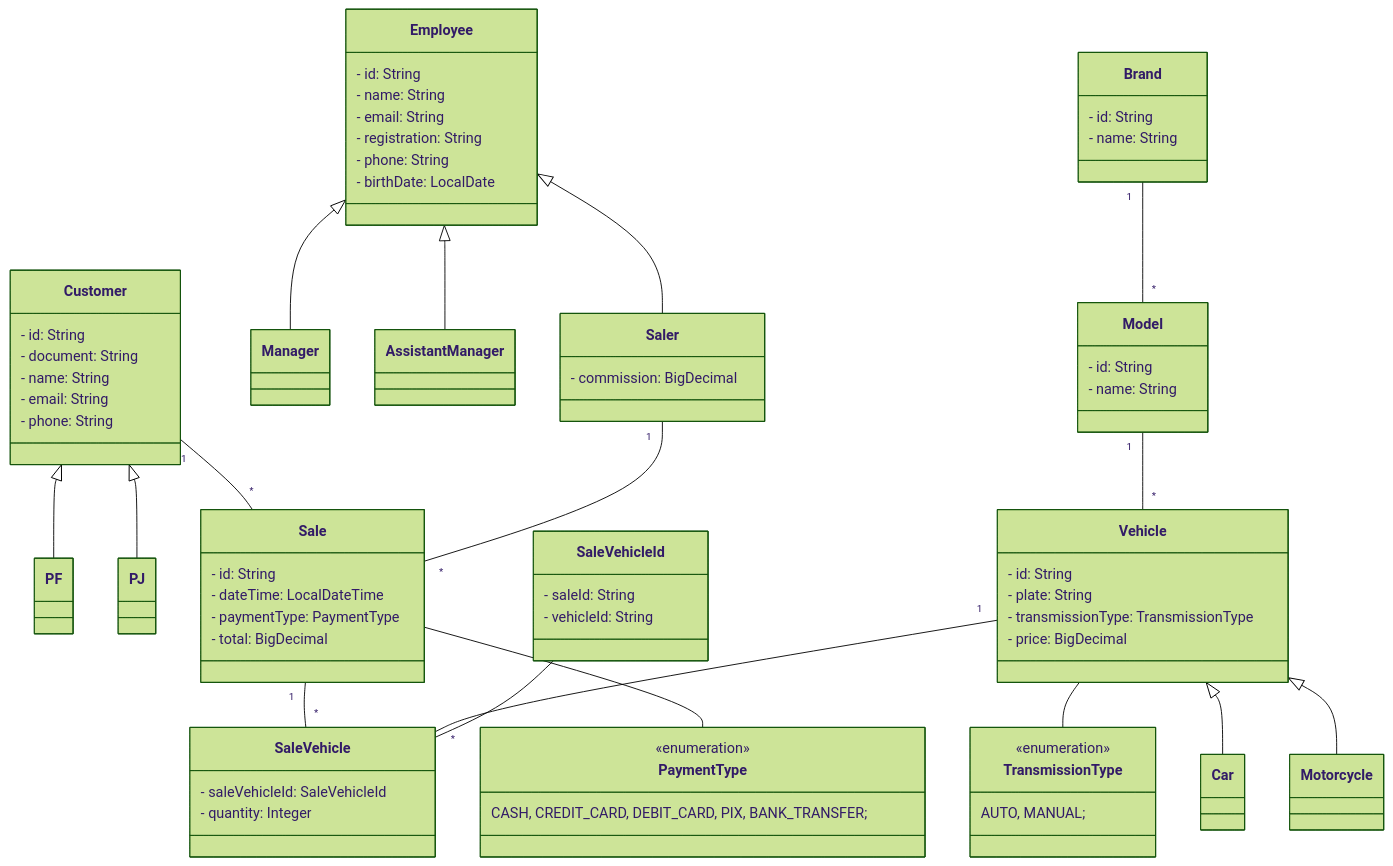
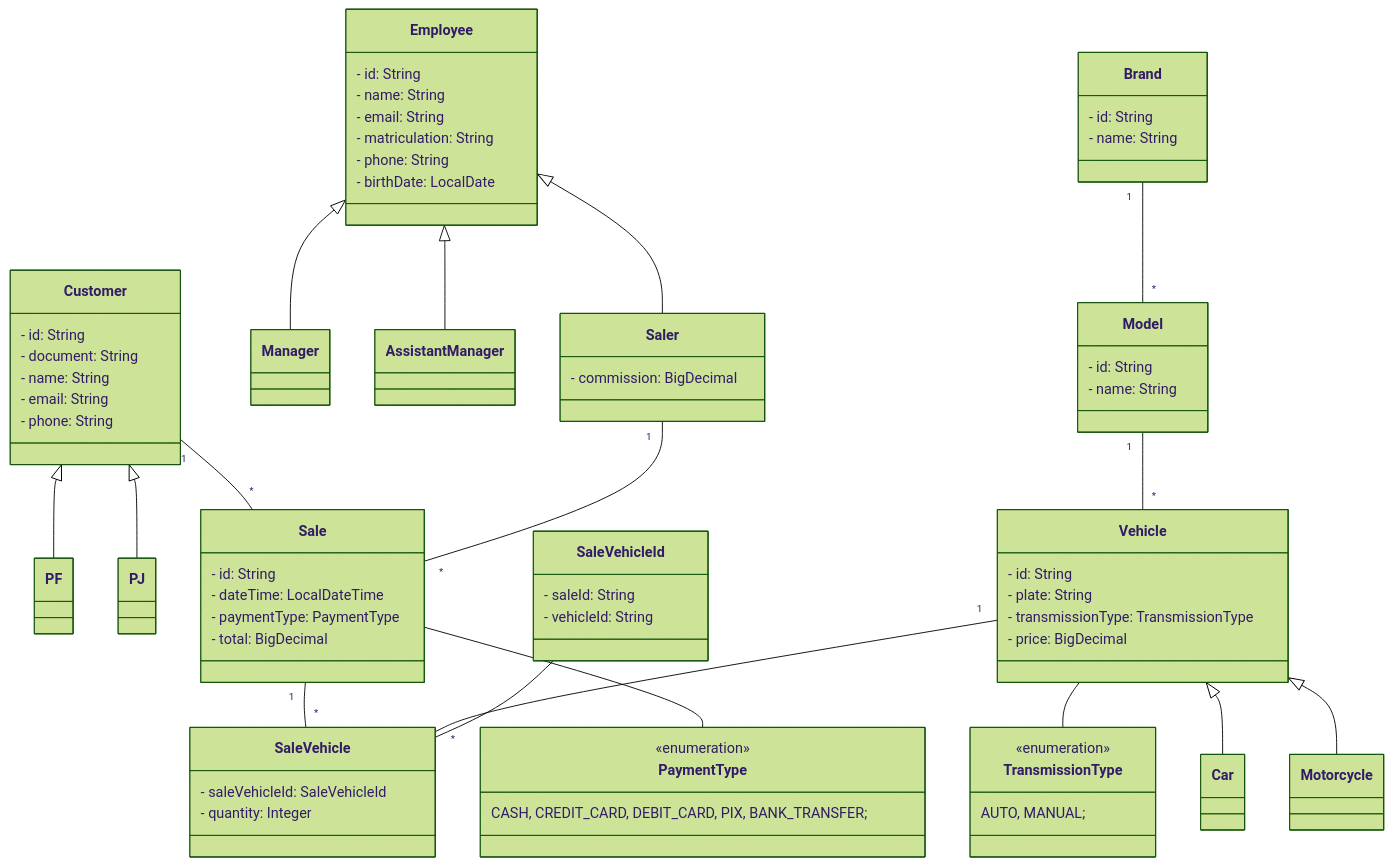
The diagram in README.md (abnerjosefelixbarbosa/auto-mendes), drawn with Mermaid (forest theme) before and after one commit.

Commit message:
Alterando README.md

```diff
--- a/README.md
+++ b/README.md
@@ -26,7 +26,7 @@
         - id: String
         - name: String
         - email: String
-        - registration: String
+        - matriculation: String
         - phone: String
         - birthDate: LocalDate
     }
```
